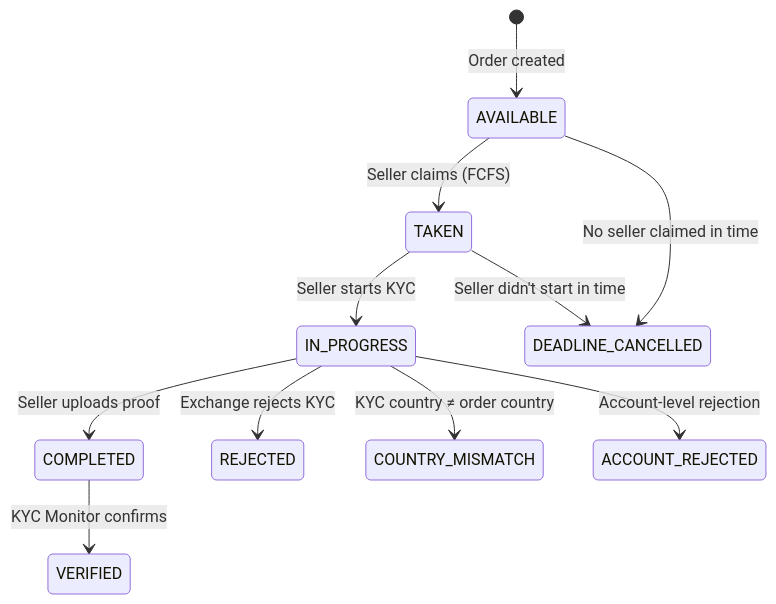
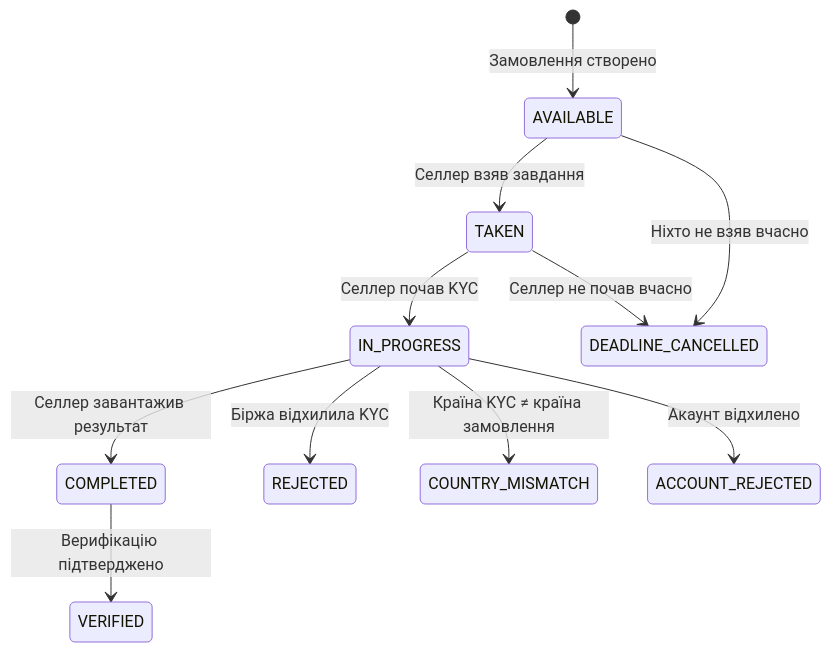
The sixth of 8 diagrams in src/content/docs/ua/pilot-faq.md (AutoPilotSoftware/docs), drawn with Mermaid before and after one commit. The commit also changed other lines of this file and 2 other files, not shown here.

First line of the commit message:
Simplify and localize all pilot-faq diagrams across RU/EN/UA

````diff
--- a/src/content/docs/ua/pilot-faq.md
+++ b/src/content/docs/ua/pilot-faq.md
@@ -402,14 +394,14 @@
 ```mermaid
 stateDiagram-v2
-    [*] --> AVAILABLE: Order created
-    AVAILABLE --> TAKEN: Seller claims (FCFS)
-    TAKEN --> IN_PROGRESS: Seller starts KYC
-    IN_PROGRESS --> COMPLETED: Seller uploads proof
-    COMPLETED --> VERIFIED: KYC Monitor confirms
+    [*] --> AVAILABLE: Замовлення створено
+    AVAILABLE --> TAKEN: Селлер взяв завдання
+    TAKEN --> IN_PROGRESS: Селлер почав KYC
+    IN_PROGRESS --> COMPLETED: Селлер завантажив результат
+    COMPLETED --> VERIFIED: Верифікацію підтверджено
 
-    AVAILABLE --> DEADLINE_CANCELLED: No seller claimed in time
-    TAKEN --> DEADLINE_CANCELLED: Seller didn't start in time
-    IN_PROGRESS --> REJECTED: Exchange rejects KYC
-    IN_PROGRESS --> COUNTRY_MISMATCH: KYC country ≠ order country
-    IN_PROGRESS --> ACCOUNT_REJECTED: Account-level rejection
+    AVAILABLE --> DEADLINE_CANCELLED: Ніхто не взяв вчасно
+    TAKEN --> DEADLINE_CANCELLED: Селлер не почав вчасно
+    IN_PROGRESS --> REJECTED: Біржа відхилила KYC
+    IN_PROGRESS --> COUNTRY_MISMATCH: Країна KYC ≠ країна замовлення
+    IN_PROGRESS --> ACCOUNT_REJECTED: Акаунт відхилено
 ```
````
